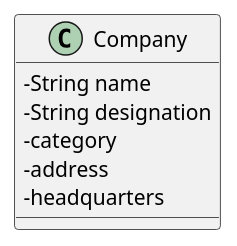
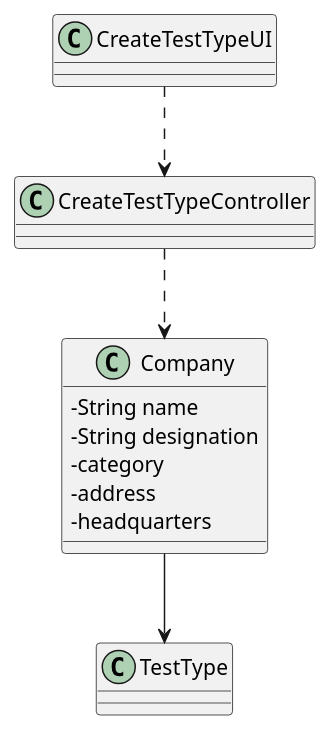
Before and after one commit to manu-07-ela/LAPR2_ISEP: the diagram in docs/SprintB/US09/US09_CD.puml, drawn with PlantUML. The commit also changed 3 other files, not shown here.

```diff
--- a/docs/SprintB/US09/US09_CD.puml
+++ b/docs/SprintB/US09/US09_CD.puml
@@ -1,13 +1,26 @@
 @startuml
 skinparam classAttributeIconSize 0
 
 class Company{
 -String name
 -String designation
 -category
 -address
 -headquarters
 }
 
+class CreateTestTypeUI{
+}
+
+class CreateTestTypeController{
+}
+
+class TestType{
+}
+
+CreateTestTypeUI ..> CreateTestTypeController
+CreateTestTypeController ..> Company
+Company --> TestType
+
 
 @enduml
```
